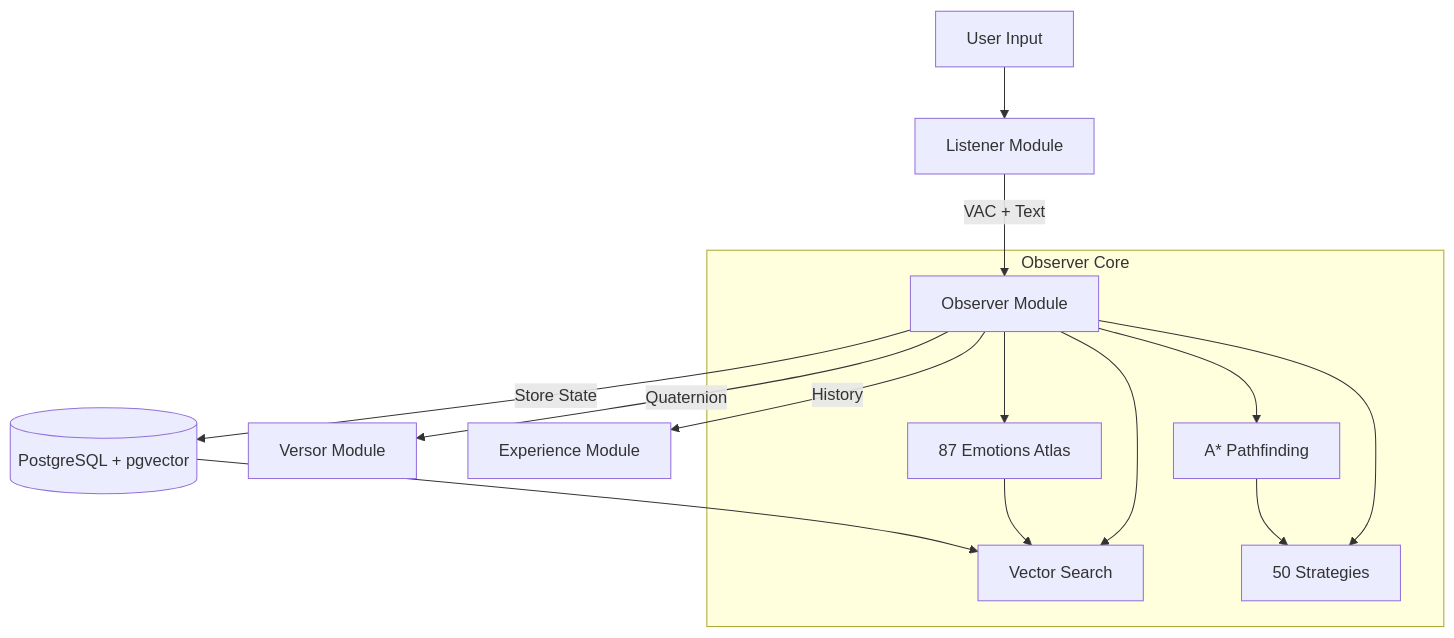
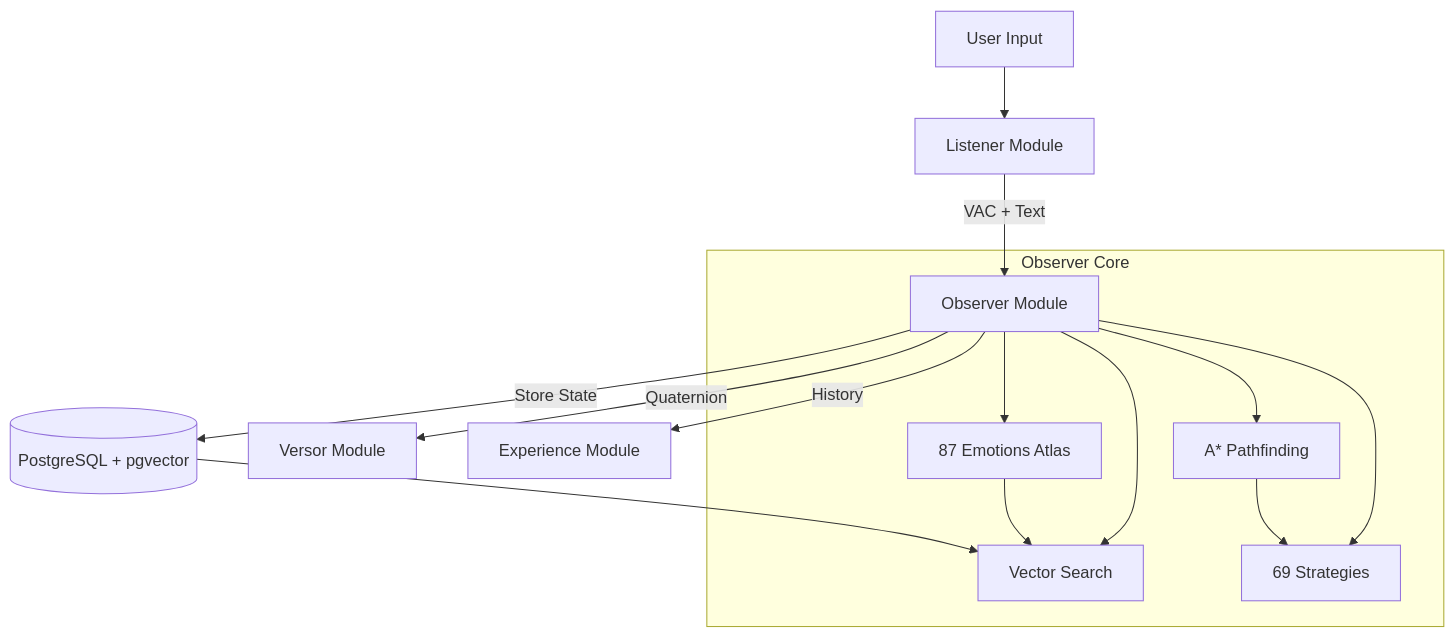
The diagram in docs/src/modules/observer/index.md (jrgochan/l_o_v_e), drawn with Mermaid before and after one commit. The commit also changed other lines of this file and 97 other files, not shown here.

````diff
--- a/docs/src/modules/observer/index.md
+++ b/docs/src/modules/observer/index.md
@@ -142,19 +142,19 @@
 ```mermaid
 graph TB
     User[User Input] --> Listener[Listener Module]
     Listener -->|VAC + Text| Observer[Observer Module]
     Observer -->|Store State| DB[(PostgreSQL + pgvector)]
     Observer -->|Quaternion| Versor[Versor Module]
     Observer -->|History| Experience[Experience Module]
 
     subgraph Observer Core
         Observer --> Atlas[87 Emotions Atlas]
         Observer --> Vector[Vector Search]
         Observer --> Path[A* Pathfinding]
-        Observer --> Strat[50 Strategies]
+        Observer --> Strat[69 Strategies]
     end
 
     DB --> Vector
     Atlas --> Vector
     Path --> Strat
 ```
````
